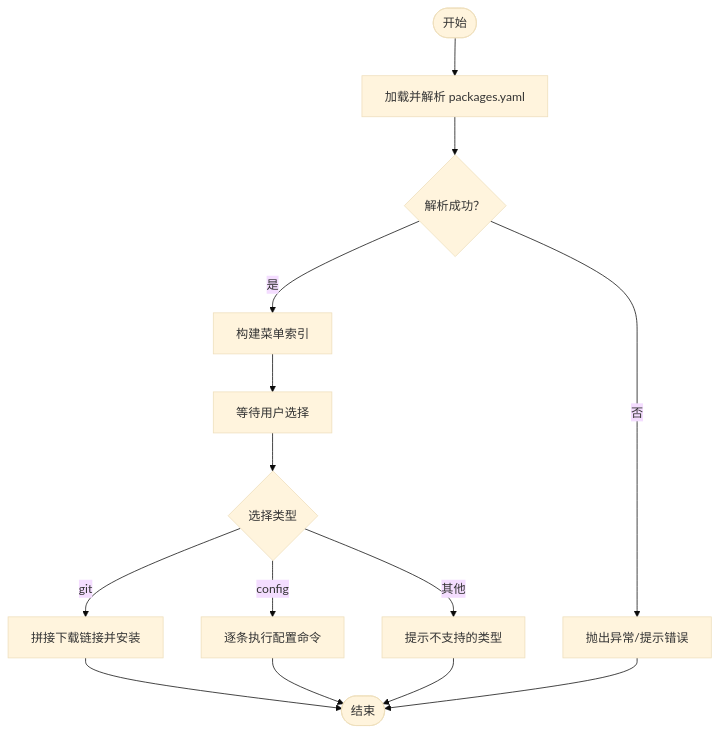
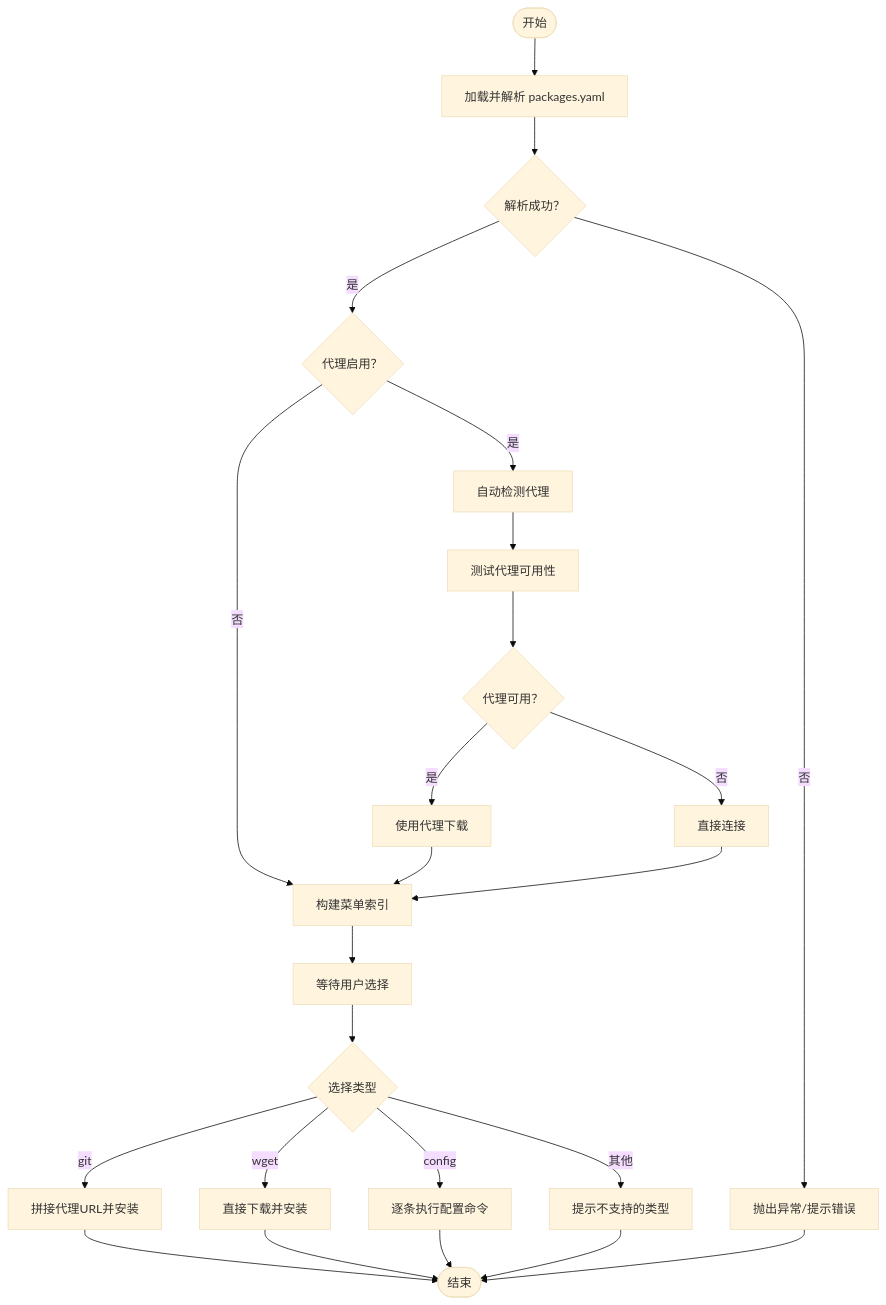
The third of 4 diagrams in .qoder/repowiki/zh/content/配置管理.md (firestrongarch/install), drawn with Mermaid (base theme) before and after one commit. The commit also changed other lines of this file and 3 other files, not shown here.

````diff
--- a/.qoder/repowiki/zh/content/配置管理.md
+++ b/.qoder/repowiki/zh/content/配置管理.md
@@ -168,16 +208,26 @@
 ```mermaid
 flowchart TD
 Start(["开始"]) --> Load["加载并解析 packages.yaml"]
 Load --> ParseOK{"解析成功？"}
 ParseOK --> |否| Err["抛出异常/提示错误"]
-ParseOK --> |是| BuildMenu["构建菜单索引"]
+ParseOK --> |是| CheckProxy{"代理启用？"}
+CheckProxy --> |是| AutoDetect["自动检测代理"]
+CheckProxy --> |否| BuildMenu["构建菜单索引"]
+AutoDetect --> TestProxy["测试代理可用性"]
+TestProxy --> ProxyOK{"代理可用？"}
+ProxyOK --> |是| UseProxy["使用代理下载"]
+ProxyOK --> |否| DirectConnect["直接连接"]
+UseProxy --> BuildMenu
+DirectConnect --> BuildMenu
 BuildMenu --> WaitChoice["等待用户选择"]
 WaitChoice --> Choice{"选择类型"}
-Choice --> |git| GitFlow["拼接下载链接并安装"]
+Choice --> |git| GitFlow["拼接代理URL并安装"]
+Choice --> |wget| WgetFile["直接下载并安装"]
 Choice --> |config| ConfigFlow["逐条执行配置命令"]
 Choice --> |其他| Warn["提示不支持的类型"]
 GitFlow --> End(["结束"])
+WgetFile --> End
 ConfigFlow --> End
 Warn --> End
 Err --> End
 ```
````
